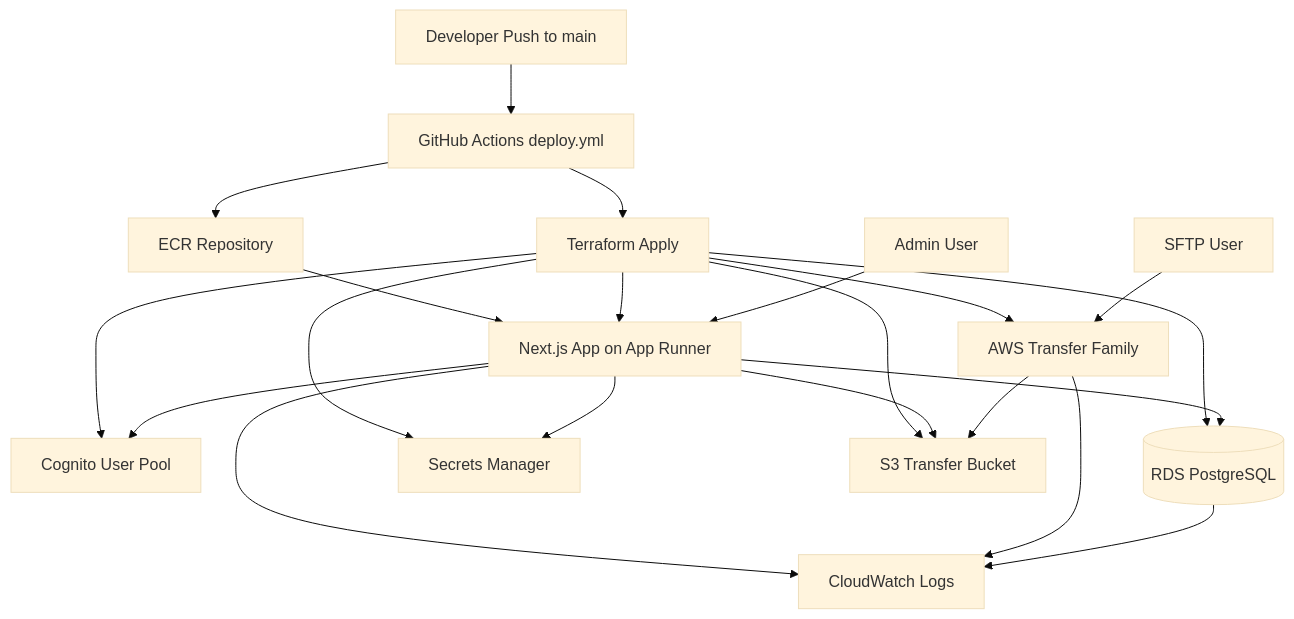
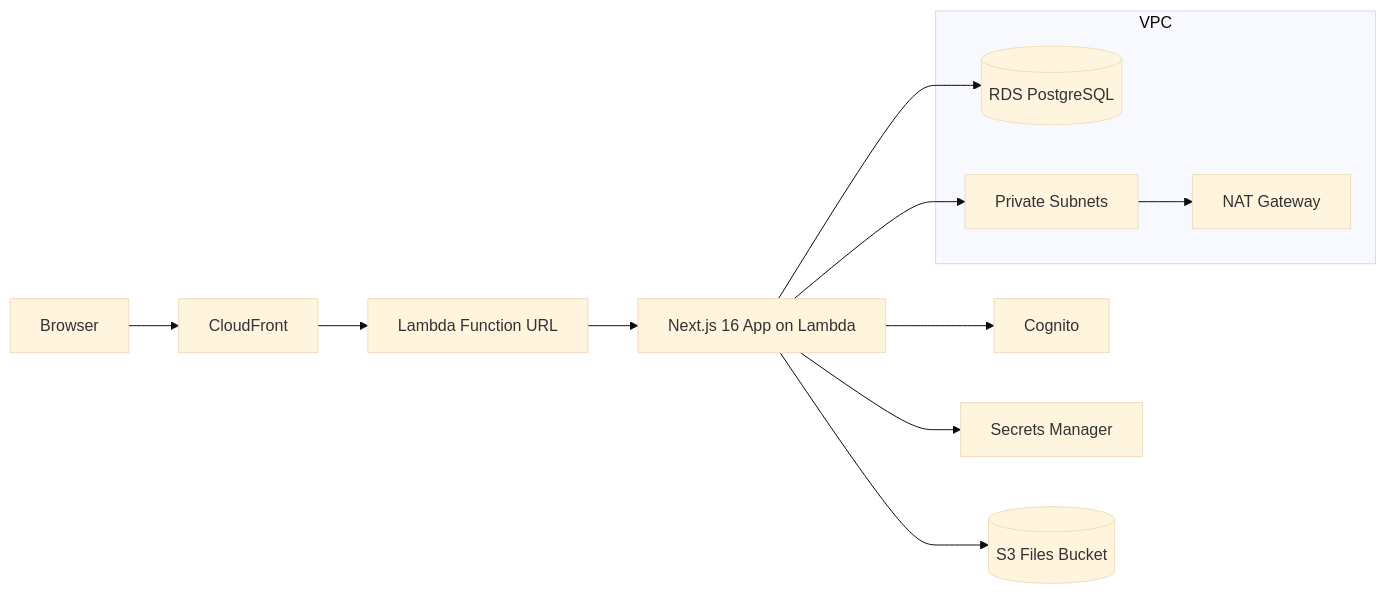
Before and after one commit to joeyf116/navara-strategy: the diagram in README.md, drawn with Mermaid (base theme). The commit also changed other lines of this file and 36 other files, not shown here.

````diff
--- a/README.md
+++ b/README.md
@@ -75,40 +7,20 @@
 ```mermaid
-flowchart TD
-    Dev[Developer Push to main]
-    GH[GitHub Actions deploy.yml]
-    ECR[ECR Repository]
-    TF[Terraform Apply]
+flowchart LR
+    User[Browser] --> CF[CloudFront]
+    CF --> LURL[Lambda Function URL]
+    LURL --> L[Next.js 16 App on Lambda]
 
-    Admin[Admin User]
-    SftpUser[SFTP User]
-    App[Next.js App on App Runner]
-    Cognito[Cognito User Pool]
-    RDS[(RDS PostgreSQL)]
-    Secrets[Secrets Manager]
-    Transfer[AWS Transfer Family]
-    S3[S3 Transfer Bucket]
-    CW[CloudWatch Logs]
+    L --> COG[Cognito]
+    L --> SM[Secrets Manager]
+    L --> RDS[(RDS PostgreSQL)]
+    L --> S3[(S3 Files Bucket)]
 
-    Dev --> GH
-    GH --> TF
-    GH --> ECR
-    ECR --> App
-    TF --> App
-    TF --> RDS
-    TF --> Cognito
-    TF --> Secrets
-    TF --> Transfer
-    TF --> S3
+    subgraph VPC
+      PSN[Private Subnets]
+      NAT[NAT Gateway]
+      RDS
+    end
 
-    Admin --> App
-    App --> Cognito
-    App --> Secrets
-    App --> RDS
-    App --> S3
-    SftpUser --> Transfer
-    Transfer --> S3
-
-    App --> CW
-    Transfer --> CW
-    RDS --> CW
+    L --> PSN
+    PSN --> NAT
 ```
````
